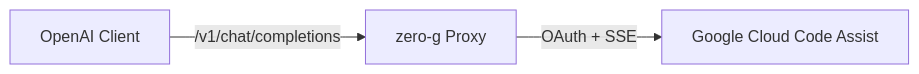
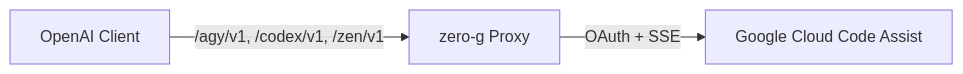
Before and after one commit to Delnegend/zero-g: the diagram in README.md, drawn with Mermaid. The commit also changed other lines of this file and 31 other files, not shown here.

First line of the commit message:
feat(codex): add OpenAI Codex provider and per-provider routing with custom API tokens

````diff
--- a/README.md
+++ b/README.md
@@ -57,5 +56,5 @@
 ```mermaid
 flowchart LR
-    Client[OpenAI Client] -->|/v1/chat/completions| ZeroG[zero-g Proxy]
+    Client[OpenAI Client] -->|/agy/v1, /codex/v1, /zen/v1| ZeroG[zero-g Proxy]
     ZeroG -->|OAuth + SSE| CloudCode[Google Cloud Code Assist]
 ```
````
